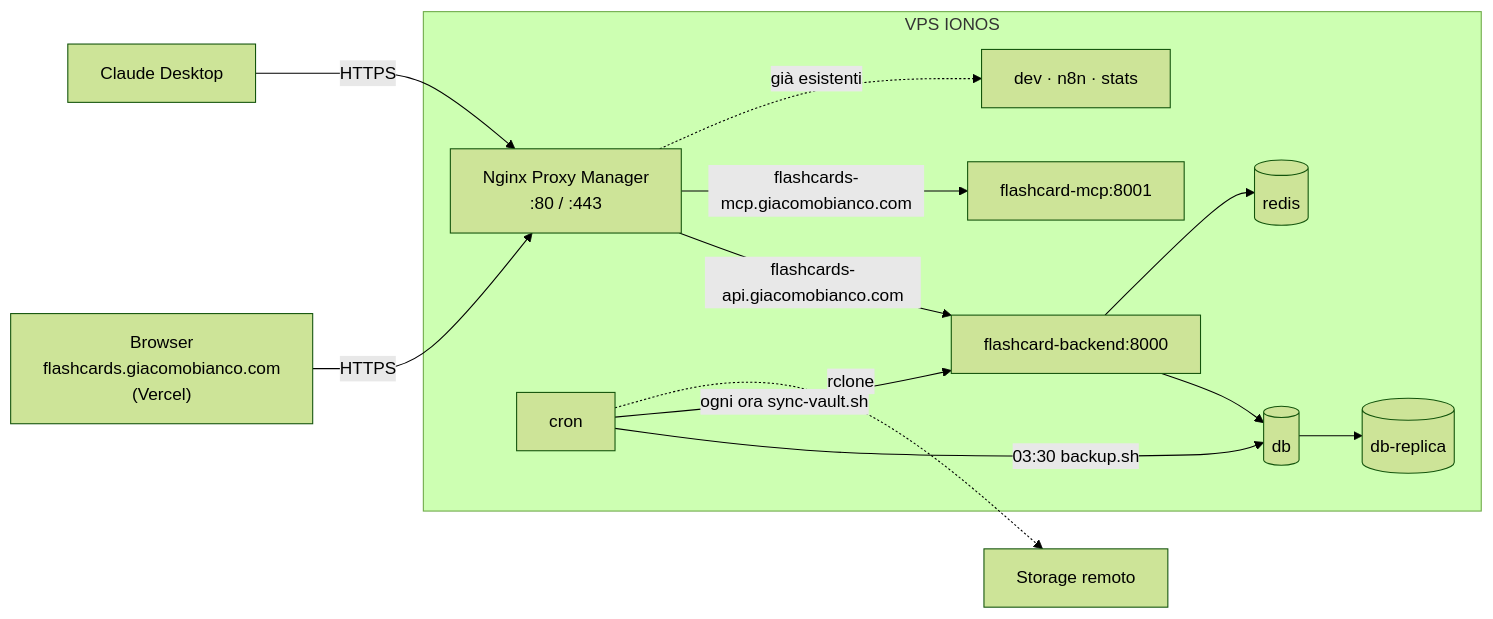
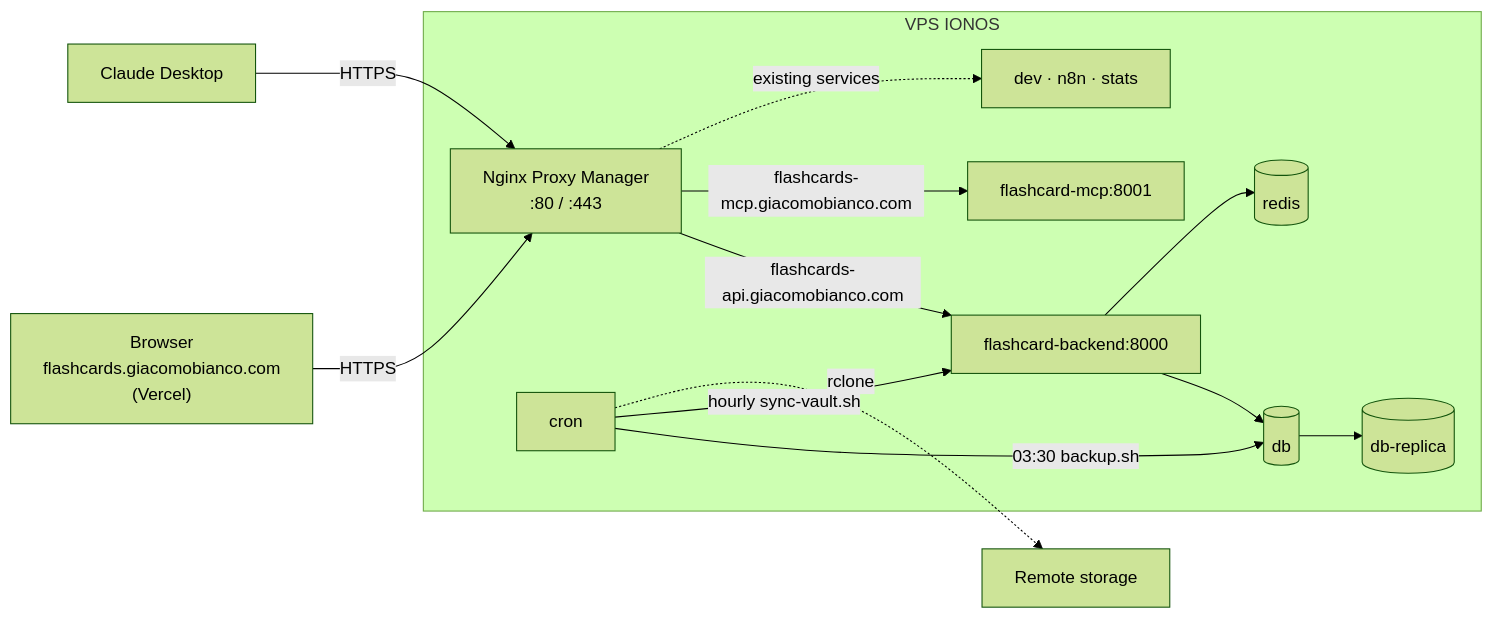
The eighth of 8 diagrams in README.md (jackw1-tech/FlashCardApp), drawn with Mermaid (forest theme) before and after one commit. The commit also changed other lines of this file, not shown here.

````diff
--- a/README.md
+++ b/README.md
@@ -414,16 +414,16 @@
 ```mermaid
 flowchart LR
     U["Browser<br/>flashcards.giacomobianco.com<br/>(Vercel)"] -- HTTPS --> N
     CD["Claude Desktop"] -- HTTPS --> N
     subgraph VPS IONOS
         N["Nginx Proxy Manager<br/>:80 / :443"]
         N -- "flashcards-api.giacomobianco.com" --> B["flashcard-backend:8000"]
         N -- "flashcards-mcp.giacomobianco.com" --> M["flashcard-mcp:8001"]
-        N -. "già esistenti" .-> O["dev · n8n · stats"]
+        N -. "existing services" .-> O["dev · n8n · stats"]
         B --> P[("db")] --> R[("db-replica")]
         B --> X[("redis")]
         CR["cron"] -- "03:30 backup.sh" --> P
-        CR -- "ogni ora sync-vault.sh" --> B
+        CR -- "hourly sync-vault.sh" --> B
     end
-    CR -. "rclone" .-> S3["Storage remoto"]
+    CR -. "rclone" .-> S3["Remote storage"]
 ```
````
